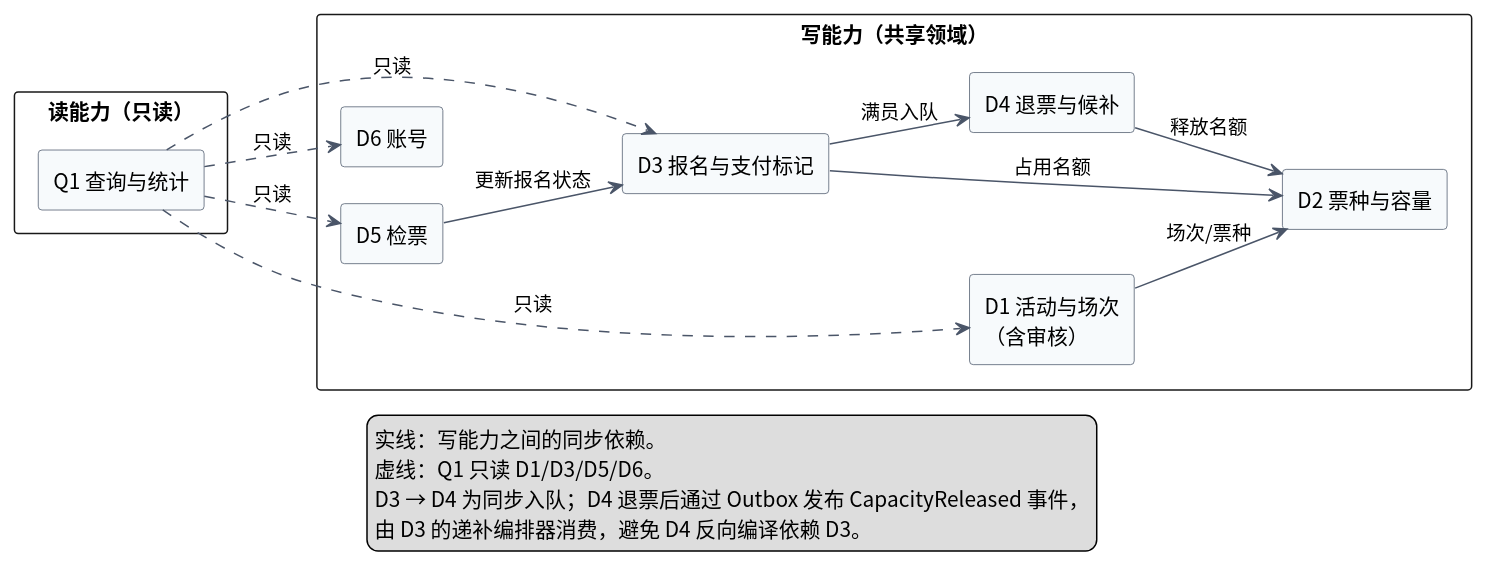
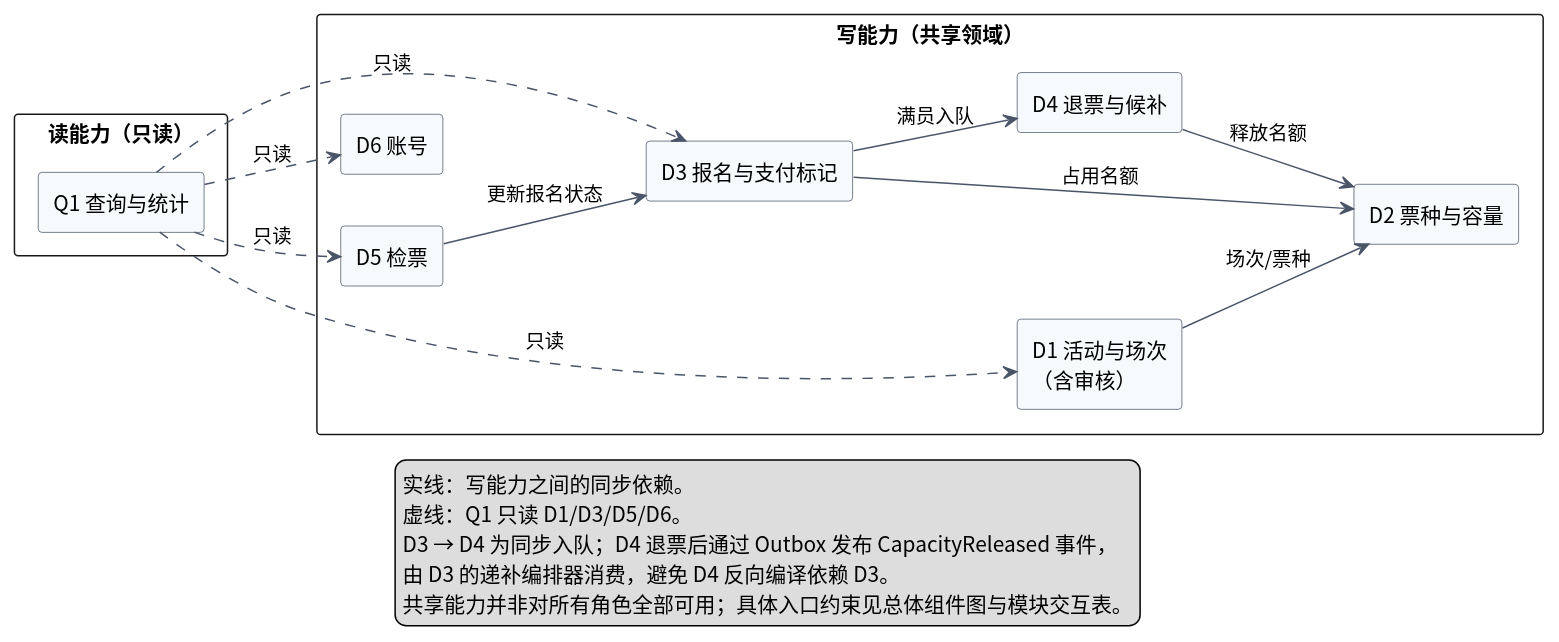
The diagram in lab2/UML/UML组件图_领域依赖.puml (Lewis-44-China/se-lab1-requirements), drawn with PlantUML before and after one commit. The commit also changed 6 other files, not shown here.

First line of the commit message:
lab2: 调整组件图排版与技术支撑连接

```diff
--- a/lab2/UML/UML组件图_领域依赖.puml
+++ b/lab2/UML/UML组件图_领域依赖.puml
@@ -1,48 +1,49 @@
 @startuml UML组件图_领域依赖
 ' 实验二：共享领域模块依赖（组件图细节）
 ' 说明：本图只画 D1～D6 与 Q1 的依赖；
 ' 角色入口 A0～A4 与 D/Q 的对应关系见 UML组件图.puml 与报告模块交互表。
 left to right direction
 skinparam componentStyle rectangle
 skinparam defaultFontName "Noto Sans CJK SC"
 skinparam shadowing false
 skinparam packageStyle rectangle
 skinparam ArrowColor #4A5568
-skinparam nodesep 25
-skinparam ranksep 40
+skinparam nodesep 35
+skinparam ranksep 55
 skinparam component {
   BackgroundColor #F7FAFC
   BorderColor #4A5568
 }
 
 package "写能力（共享领域）" {
   [D1 活动与场次\n（含审核）] as D1
   [D2 票种与容量] as D2
   [D3 报名与支付标记] as D3
   [D4 退票与候补] as D4
   [D5 检票] as D5
   [D6 账号] as D6
 }
 package "读能力（只读）" {
   [Q1 查询与统计] as Q1
 }
 
 D1 --> D2 : 场次/票种
 D3 --> D2 : 占用名额
 D3 --> D4 : 满员入队
 D4 --> D2 : 释放名额
 D5 --> D3 : 更新报名状态
 
 Q1 ..> D1 : 只读
 Q1 ..> D3 : 只读
 Q1 ..> D5 : 只读
 Q1 ..> D6 : 只读
 
 legend bottom
   实线：写能力之间的同步依赖。
   虚线：Q1 只读 D1/D3/D5/D6。
   D3 → D4 为同步入队；D4 退票后通过 Outbox 发布 CapacityReleased 事件，
   由 D3 的递补编排器消费，避免 D4 反向编译依赖 D3。
+  共享能力并非对所有角色全部可用；具体入口约束见总体组件图与模块交互表。
 endlegend
 
 @enduml
```
